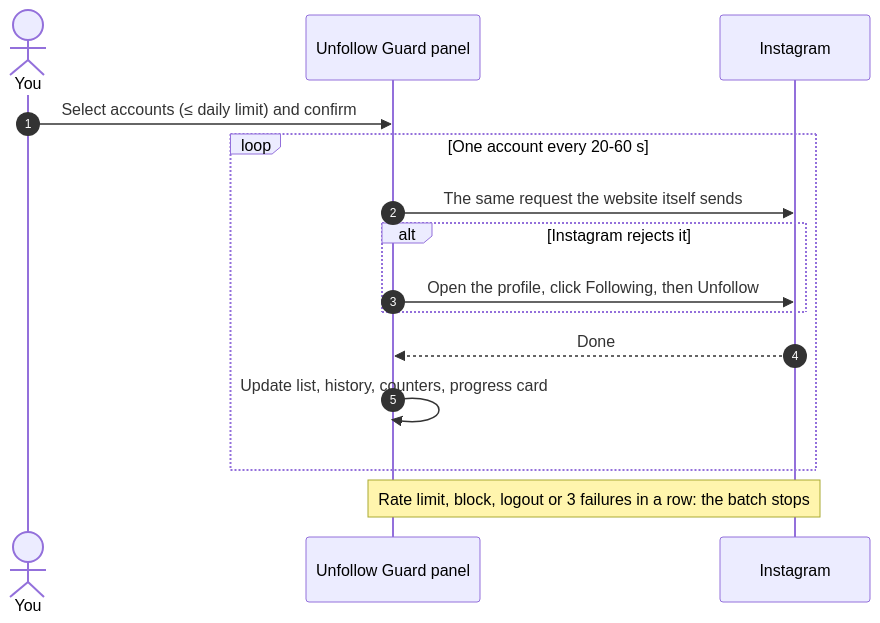
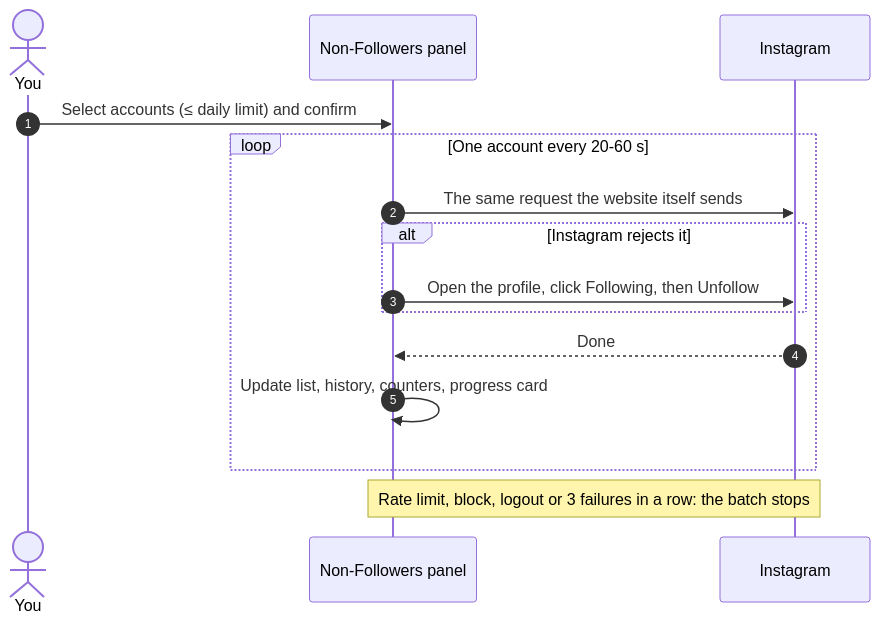
The second of 2 diagrams in README.md (AshutoshSajan/unfollow-guard-extension), drawn with Mermaid before and after one commit. The commit also changed other lines of this file and 6 other files, not shown here.

````diff
--- a/README.md
+++ b/README.md
@@ -134,17 +136,17 @@
 ```mermaid
 sequenceDiagram
     autonumber
     actor You
-    participant Panel as Unfollow Guard panel
+    participant Panel as Non-Followers panel
     participant IG as Instagram
     You->>Panel: Select accounts (≤ daily limit) and confirm
     loop One account every 20-60 s
         Panel->>IG: The same request the website itself sends
         alt Instagram rejects it
             Panel->>IG: Open the profile, click Following, then Unfollow
         end
         IG-->>Panel: Done
         Panel->>Panel: Update list, history, counters, progress card
     end
     Note over Panel,IG: Rate limit, block, logout or 3 failures in a row: the batch stops
 ```
````
